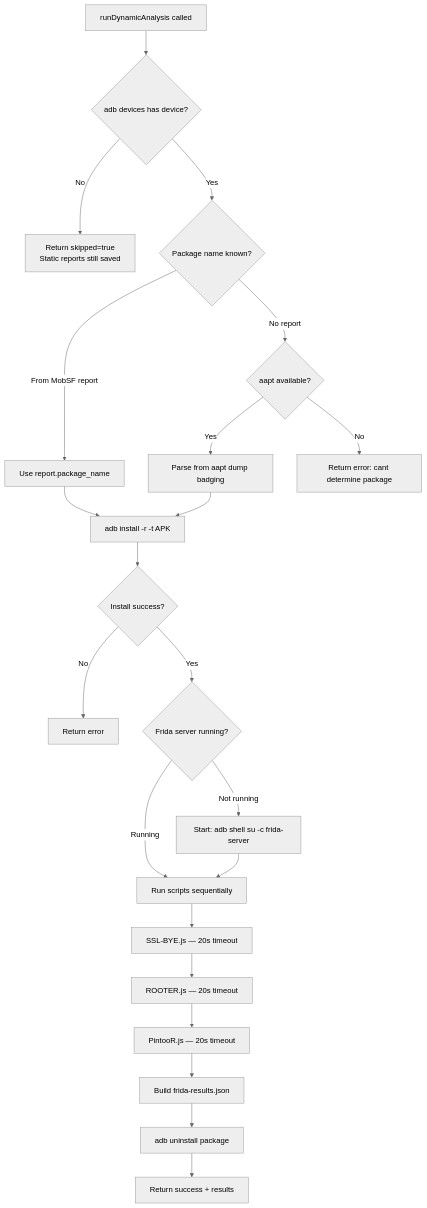
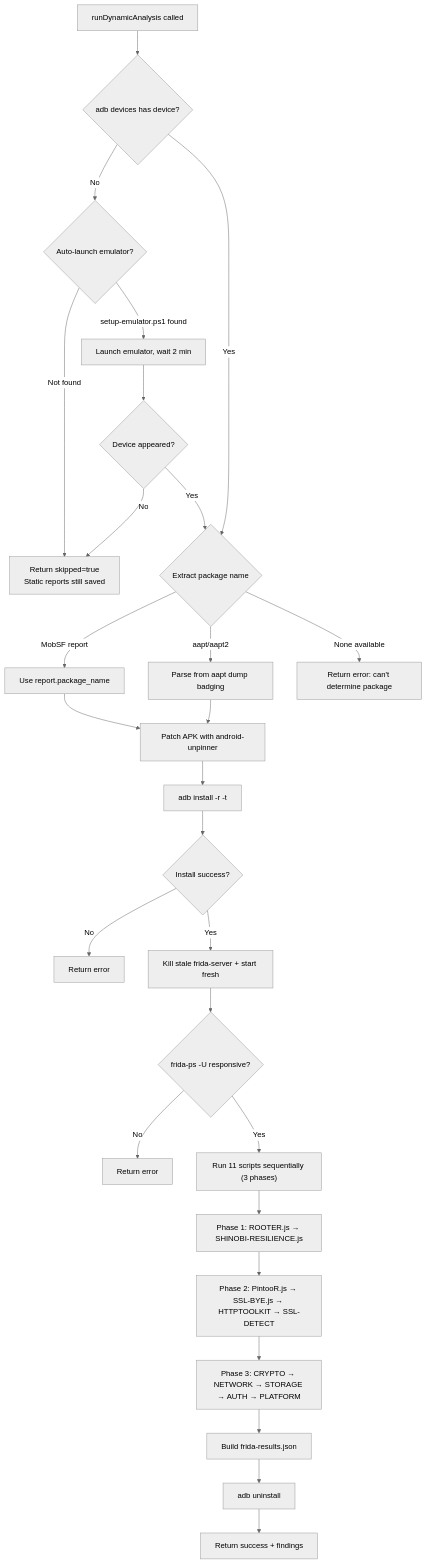
Before and after one commit to chaitanyacyb3r/WORMHOLE-SHINODROID: the fifth of 6 diagrams in ARCHITECTURE.md, drawn with Mermaid (neutral theme). The commit also changed other lines of this file, not shown here.

Commit message:
Rewrite ARCHITECTURE.md to match current codebase (11 scripts, 8 engines, physical device support)

````diff
--- a/ARCHITECTURE.md
+++ b/ARCHITECTURE.md
@@ -304,24 +345,29 @@
 ```mermaid
 flowchart TD
     A[runDynamicAnalysis called] --> B{adb devices has device?}
-    B -->|No| C[Return skipped=true<br>Static reports still saved]
-    B -->|Yes| D{Package name known?}
-    D -->|From MobSF report| E[Use report.package_name]
-    D -->|No report| F{aapt available?}
-    F -->|Yes| G[Parse from aapt dump badging]
-    F -->|No| H[Return error: cant determine package]
-    E --> I[adb install -r -t APK]
-    G --> I
-    I --> J{Install success?}
-    J -->|No| K[Return error]
-    J -->|Yes| L{Frida server running?}
-    L -->|Not running| M[Start: adb shell su -c frida-server]
-    L -->|Running| N[Run scripts sequentially]
-    M --> N
-    N --> O[SSL-BYE.js — 20s timeout]
-    O --> P[ROOTER.js — 20s timeout]
-    P --> Q[PintooR.js — 20s timeout]
+    B -->|No| B2{Auto-launch emulator?}
+    B2 -->|setup-emulator.ps1 found| B3[Launch emulator, wait 2 min]
+    B2 -->|Not found| C["Return skipped=true<br>Static reports still saved"]
+    B3 --> B4{Device appeared?}
+    B4 -->|No| C
+    B4 -->|Yes| D
+    B -->|Yes| D{Extract package name}
+    D -->|MobSF report| E[Use report.package_name]
+    D -->|aapt/aapt2| F[Parse from aapt dump badging]
+    D -->|None available| H["Return error: can't determine package"]
+    E --> I[Patch APK with android-unpinner]
+    F --> I
+    I --> J["adb install -r -t <patched APK>"]
+    J --> K{Install success?}
+    K -->|No| KE[Return error]
+    K -->|Yes| L[Kill stale frida-server + start fresh]
+    L --> M{frida-ps -U responsive?}
+    M -->|No| ME[Return error]
+    M -->|Yes| N["Run 11 scripts sequentially (3 phases)"]
+    N --> O["Phase 1: ROOTER.js → SHINOBI-RESILIENCE.js"]
+    O --> P["Phase 2: PintooR.js → SSL-BYE.js → HTTPTOOLKIT → SSL-DETECT"]
+    P --> Q["Phase 3: CRYPTO → NETWORK → STORAGE → AUTH → PLATFORM"]
     Q --> R[Build frida-results.json]
-    R --> S[adb uninstall package]
-    S --> T[Return success + results]
+    R --> S["adb uninstall <package>"]
+    S --> T[Return success + findings]
 ```
````
